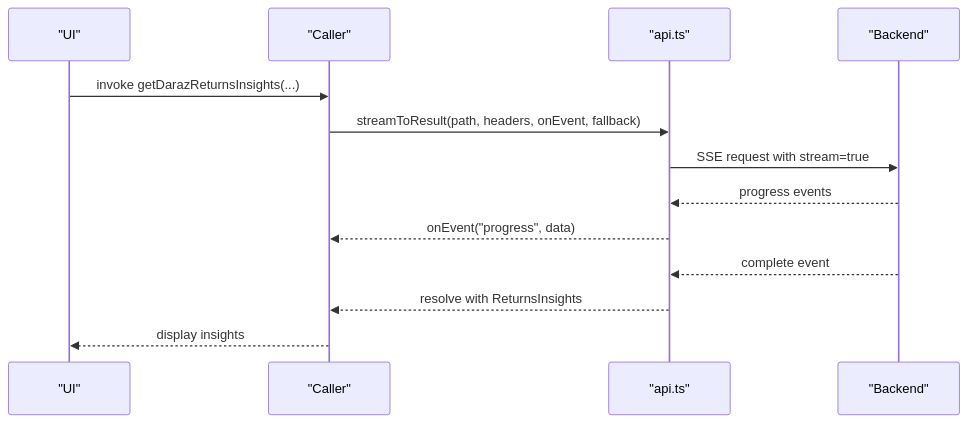
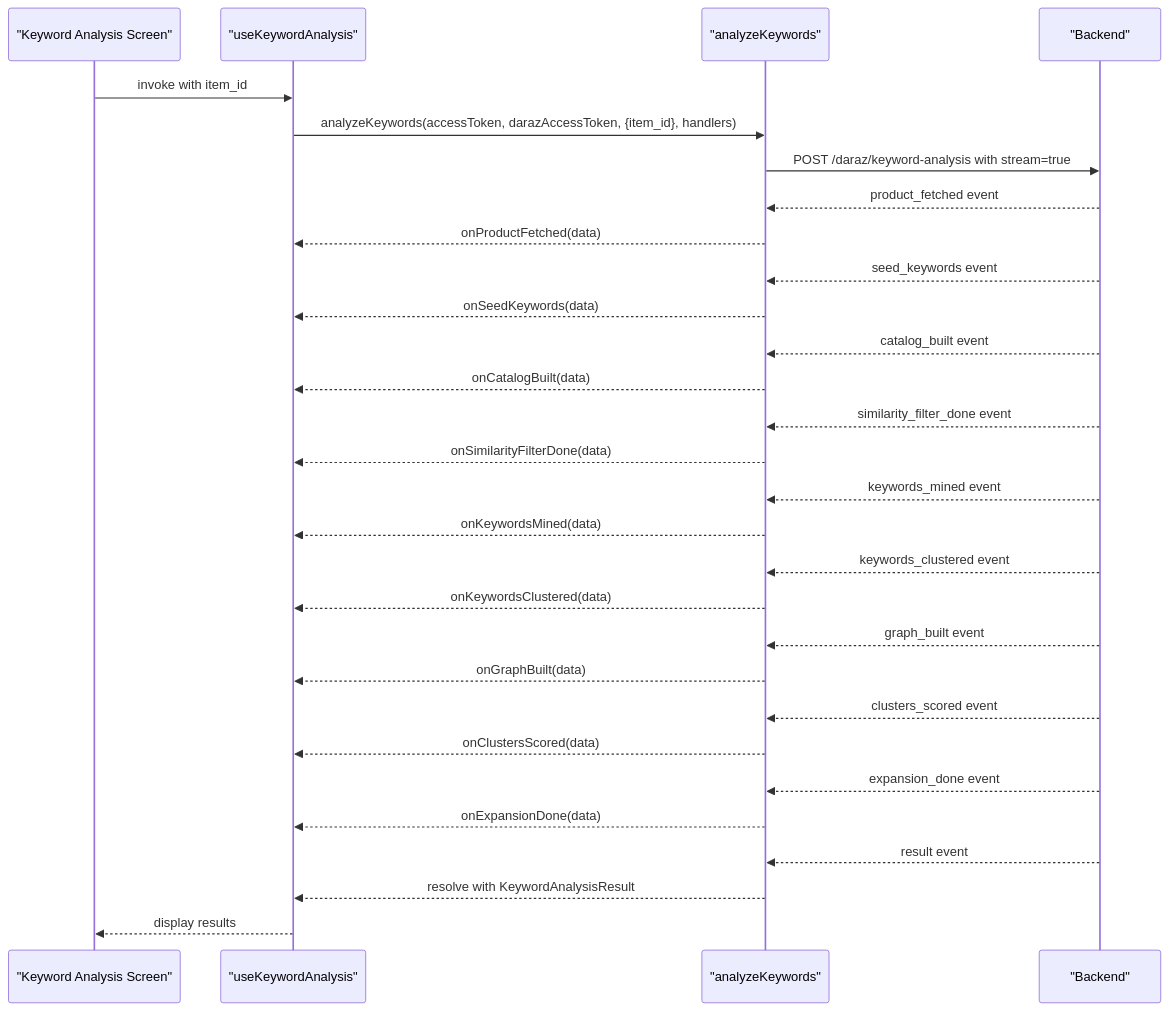
Before and after one commit to Muhammad-Masood/tijarah-ai-app: the fourth of 6 diagrams in .qoder/repowiki/en/content/API Integration.md, drawn with Mermaid. The commit also changed other lines of this file and 3 other files, not shown here.

````diff
--- a/.qoder/repowiki/en/content/API Integration.md
+++ b/.qoder/repowiki/en/content/API Integration.md
@@ -631,15 +732,31 @@
 ```mermaid
 sequenceDiagram
-participant UI as "UI"
-participant Hook as "Caller"
-participant API as "api.ts"
+participant UI as "Keyword Analysis Screen"
+participant Hook as "useKeywordAnalysis"
+participant API as "analyzeKeywords"
 participant Backend as "Backend"
-UI->>Hook : invoke getDarazReturnsInsights(...)
-Hook->>API : streamToResult(path, headers, onEvent, fallback)
-API->>Backend : SSE request with stream=true
-Backend-->>API : progress events
-API-->>Hook : onEvent("progress", data)
-Backend-->>API : complete event
-API-->>Hook : resolve with ReturnsInsights
-Hook-->>UI : display insights
+UI->>Hook : invoke with item_id
+Hook->>API : analyzeKeywords(accessToken, darazAccessToken, {item_id}, handlers)
+API->>Backend : POST /daraz/keyword-analysis with stream=true
+Backend-->>API : product_fetched event
+API-->>Hook : onProductFetched(data)
+Backend-->>API : seed_keywords event
+API-->>Hook : onSeedKeywords(data)
+Backend-->>API : catalog_built event
+API-->>Hook : onCatalogBuilt(data)
+Backend-->>API : similarity_filter_done event
+API-->>Hook : onSimilarityFilterDone(data)
+Backend-->>API : keywords_mined event
+API-->>Hook : onKeywordsMined(data)
+Backend-->>API : keywords_clustered event
+API-->>Hook : onKeywordsClustered(data)
+Backend-->>API : graph_built event
+API-->>Hook : onGraphBuilt(data)
+Backend-->>API : clusters_scored event
+API-->>Hook : onClustersScored(data)
+Backend-->>API : expansion_done event
+API-->>Hook : onExpansionDone(data)
+Backend-->>API : result event
+API-->>Hook : resolve with KeywordAnalysisResult
+Hook-->>UI : display results
 ```
````
